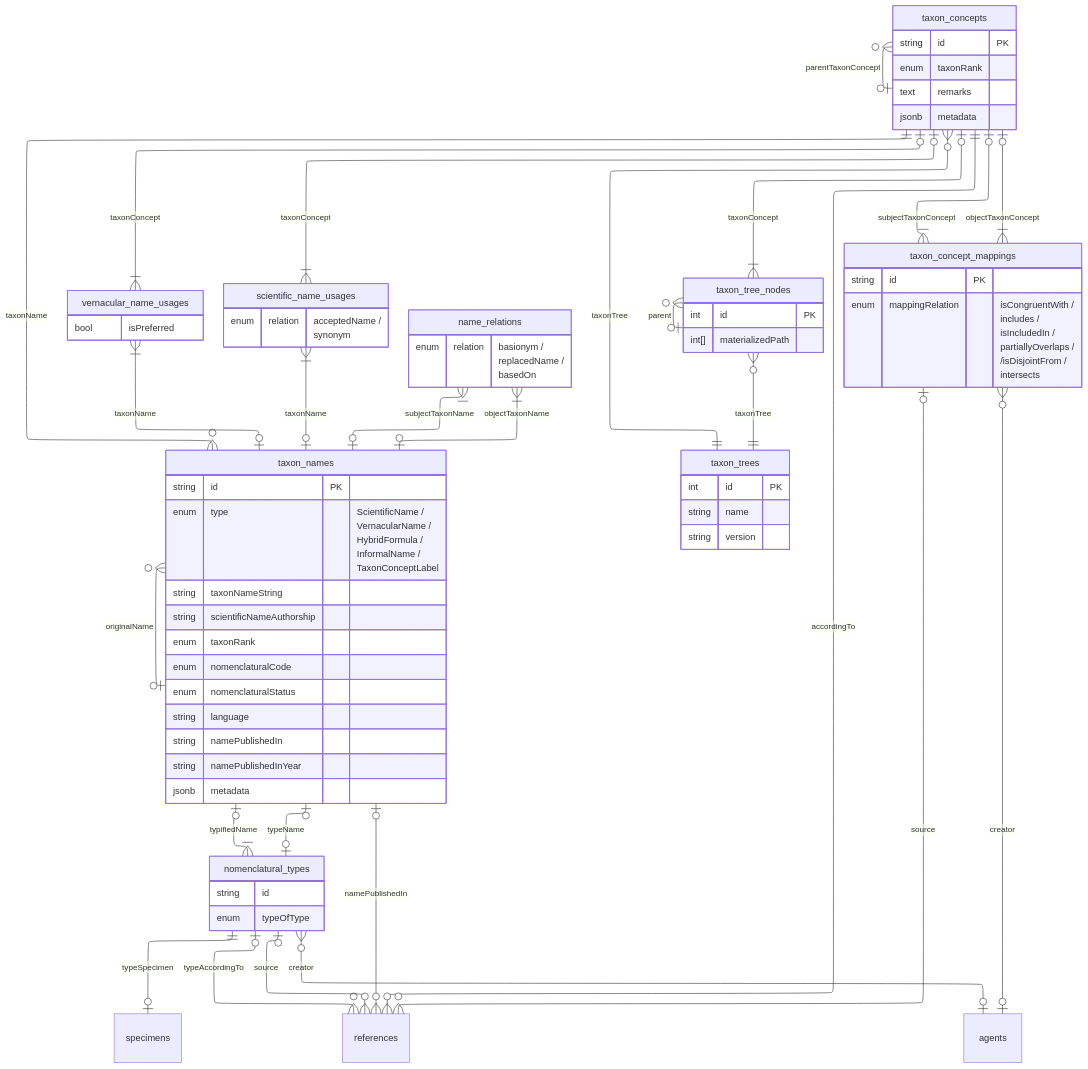
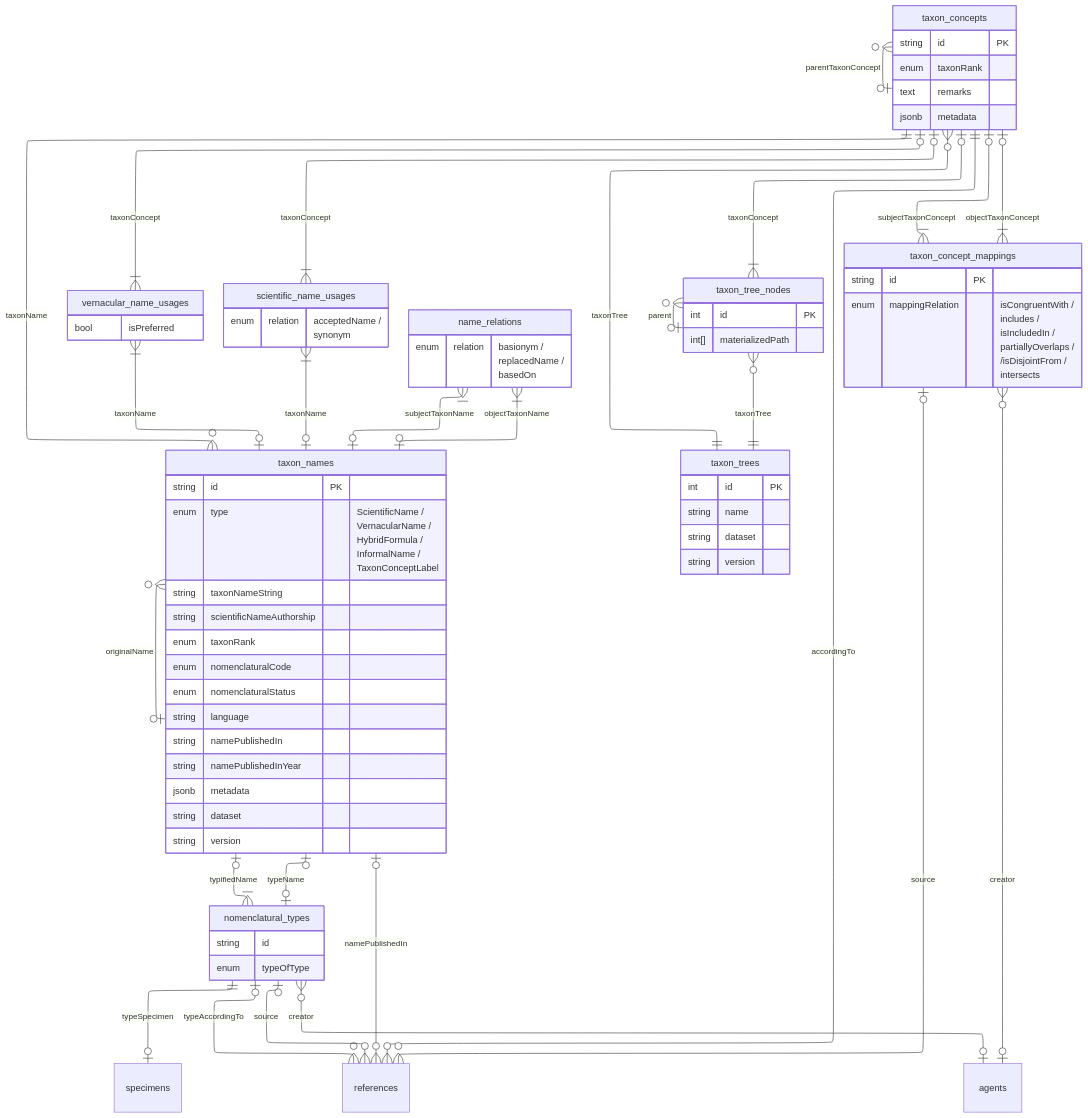
Before and after one commit to vicflora/vicflora-docs: the diagram in source/_mermaid/tcs-dp.mmd, drawn with Mermaid.

Commit message:
Commit uncommitted  changes before deployment

```diff
--- a/source/_mermaid/tcs-dp.mmd
+++ b/source/_mermaid/tcs-dp.mmd
@@ -1,86 +1,89 @@
 ---
 config:
     layout: elk
 ---
 erDiagram
     taxon_concepts }o--o| taxon_concepts : "parentTaxonConcept"
     taxon_concepts ||--o{ taxon_names : "taxonName"
     taxon_concepts |o--|{ vernacular_name_usages : "taxonConcept"
     vernacular_name_usages }|--o| taxon_names : "taxonName"
     taxon_concepts |o--|{ scientific_name_usages : "taxonConcept"
     scientific_name_usages }|--o| taxon_names : "taxonName"
     taxon_names }o--o| taxon_names : "originalName"
     taxon_names |o--|{ name_relations : "subjectTaxonName"
     name_relations }|--o| taxon_names : "objectTaxonName"
     taxon_concepts }o--|| taxon_trees : "taxonTree"
     taxon_concepts |o--|{ taxon_tree_nodes : "taxonConcept"
     taxon_tree_nodes }o--o| taxon_tree_nodes : "parent"
     taxon_tree_nodes }o--|| taxon_trees : "taxonTree" 
     taxon_names |o--|{ nomenclatural_types : "typifiedName"
     nomenclatural_types |o--o| taxon_names : "typeName"
     nomenclatural_types ||--o| specimens : "typeSpecimen"
     taxon_concepts |o--|{ taxon_concept_mappings : subjectTaxonConcept
     taxon_concept_mappings }|--o| taxon_concepts : objectTaxonConcept
 
     taxon_concepts ||--o{ references : accordingTo
     taxon_names |o--o{ references : namePublishedIn
     taxon_concept_mappings |o--o{ references : source
     nomenclatural_types |o--o{ references : typeAccordingTo
     nomenclatural_types |o--o{ references : source
 
     taxon_concept_mappings }o--o| agents : creator
     nomenclatural_types }o--o| agents : creator
 
     taxon_concepts {
         string id PK
         enum taxonRank
         text remarks
         jsonb metadata
     }
 
     taxon_names {
         string id PK
         enum type "ScientificName /<br>VernacularName /<br>HybridFormula /<br>InformalName /<br>TaxonConceptLabel"
         string taxonNameString
         string scientificNameAuthorship
         enum taxonRank
         enum nomenclaturalCode
         enum nomenclaturalStatus
         string language
         string namePublishedIn
         string namePublishedInYear
         jsonb metadata
+        string dataset
+        string version
     }
 
     scientific_name_usages {
         enum relation "acceptedName /<br>synonym"
     }
 
     name_relations {
         enum relation "basionym /<br>replacedName /<br>basedOn"
     }
 
     taxon_tree_nodes {
         int id PK
         int[] materializedPath
     }
 
     taxon_trees {
         int id PK
         string name
+        string dataset
         string version
     }
 
     taxon_concept_mappings {
         string id PK
         enum mappingRelation "isCongruentWith /<br>includes /<br>isIncludedIn /<br>partiallyOverlaps /<br>/isDisjointFrom /<br>intersects"
     }
 
     nomenclatural_types {
         string id
         enum typeOfType
     }
 
     vernacular_name_usages {
         bool isPreferred
     }
```
